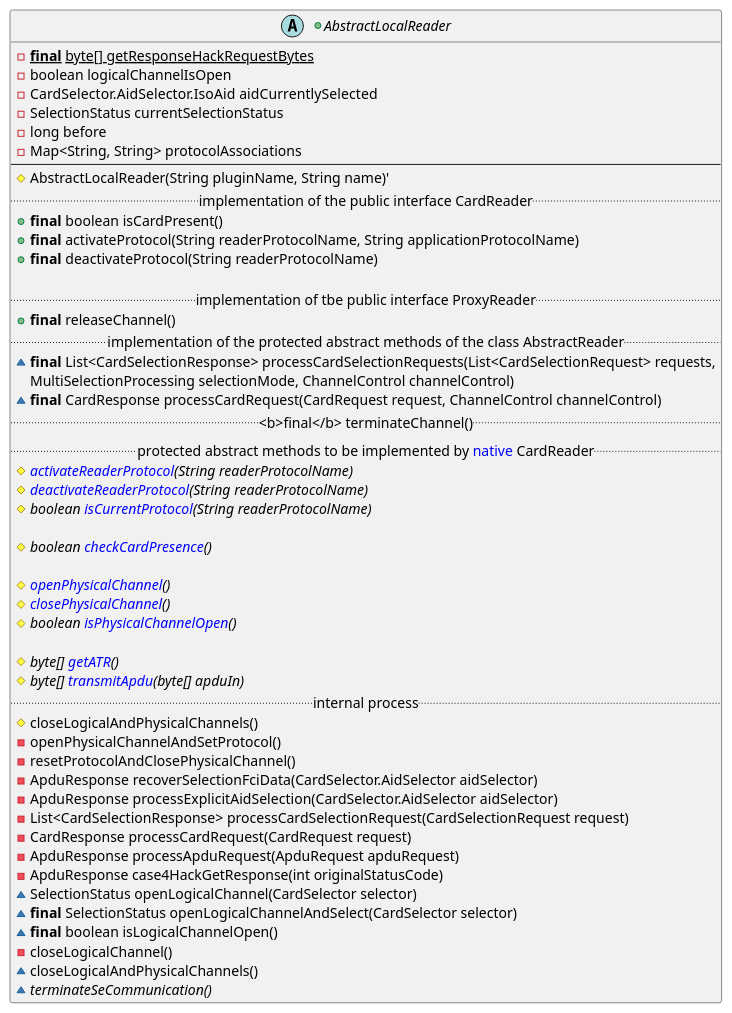
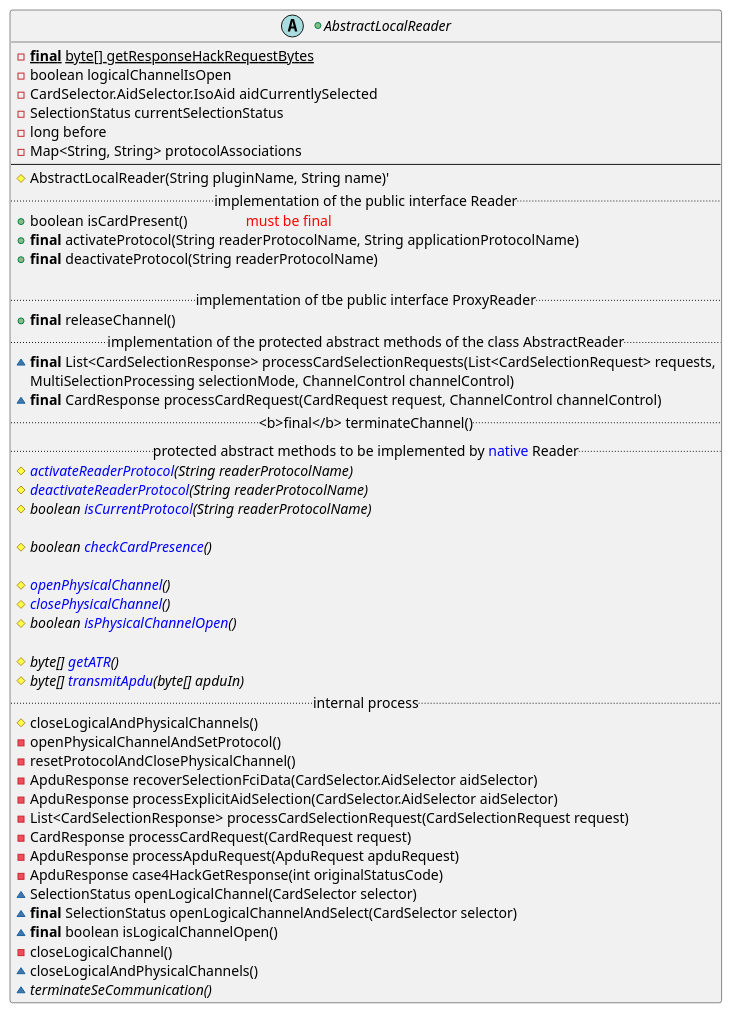
Before and after one commit to yvonneyam/keyple-website: the ninth of 11 diagrams in media/architecture/puml/KeypleCore_Plugin_ClassDiag_ClassElements.iuml, drawn with PlantUML. The commit also changed other lines of this file and 1880 other files, not shown here.

```diff
--- a/media/architecture/puml/KeypleCore_Plugin_ClassDiag_ClassElements.iuml
+++ b/media/architecture/puml/KeypleCore_Plugin_ClassDiag_ClassElements.iuml
@@ -157,56 +159,56 @@
 @startuml(id=PLUGIN_LOCALREADER_1_0_0)
 +abstract AbstractLocalReader {
   -{static}<b>final</b> byte[] getResponseHackRequestBytes
   -boolean logicalChannelIsOpen
   -CardSelector.AidSelector.IsoAid aidCurrentlySelected
   -SelectionStatus currentSelectionStatus
   -long before
   -Map<String, String> protocolAssociations
   --
   #AbstractLocalReader(String pluginName, String name)'
-  .. implementation of the public interface CardReader ..
-  +<b>final</b> boolean isCardPresent()
+  .. implementation of the public interface Reader ..
+  +boolean isCardPresent()                <color:red>must be final</color>
   +<b>final</b> activateProtocol(String readerProtocolName, String applicationProtocolName)
   +<b>final</b> deactivateProtocol(String readerProtocolName)
 
   .. implementation of tbe public interface ProxyReader ..
   +<b>final</b> releaseChannel()
 '
   .. implementation of the protected abstract methods of the class AbstractReader ..
     ~<b>final</b> List<CardSelectionResponse> processCardSelectionRequests(List<CardSelectionRequest> requests,
       MultiSelectionProcessing selectionMode, ChannelControl channelControl)
     ~<b>final</b> CardResponse processCardRequest(CardRequest request, ChannelControl channelControl)
 ..  ~<b>final</b> terminateChannel() ..
 '
-  .. protected abstract methods to be implemented by <color:blue>native</color> CardReader ..
+  .. protected abstract methods to be implemented by <color:blue>native</color> Reader ..
   #{abstract} <color:blue>activateReaderProtocol</color>(String readerProtocolName)
   #{abstract} <color:blue>deactivateReaderProtocol</color>(String readerProtocolName)
   #{abstract} boolean <color:blue>isCurrentProtocol</color>(String readerProtocolName)
 
   #{abstract} boolean <color:blue>checkCardPresence</color>()
 
   #{abstract} <color:blue>openPhysicalChannel</color>()
   #{abstract} <color:blue>closePhysicalChannel</color>()
   #{abstract} boolean <color:blue>isPhysicalChannelOpen</color>()
 
   #{abstract} byte[] <color:blue>getATR</color>()
   #{abstract} byte[] <color:blue>transmitApdu</color>(byte[] apduIn)
   .. internal process ..
   #closeLogicalAndPhysicalChannels()
   -openPhysicalChannelAndSetProtocol()
   -resetProtocolAndClosePhysicalChannel()
 '
   -ApduResponse recoverSelectionFciData(CardSelector.AidSelector aidSelector)
   -ApduResponse processExplicitAidSelection(CardSelector.AidSelector aidSelector)
   -List<CardSelectionResponse> processCardSelectionRequest(CardSelectionRequest request)
   -CardResponse processCardRequest(CardRequest request)
   -ApduResponse processApduRequest(ApduRequest apduRequest)
   -ApduResponse case4HackGetResponse(int originalStatusCode)
   ~SelectionStatus openLogicalChannel(CardSelector selector)
   ~<b>final</b> SelectionStatus openLogicalChannelAndSelect(CardSelector selector)
   ~<b>final</b> boolean isLogicalChannelOpen()
   -closeLogicalChannel()
   ~closeLogicalAndPhysicalChannels()
   ~{abstract} terminateSeCommunication()
 }
 @enduml
```
